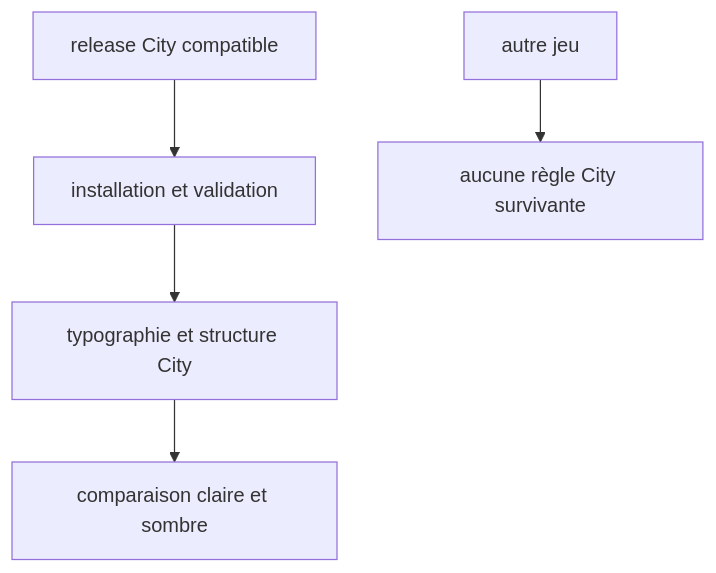
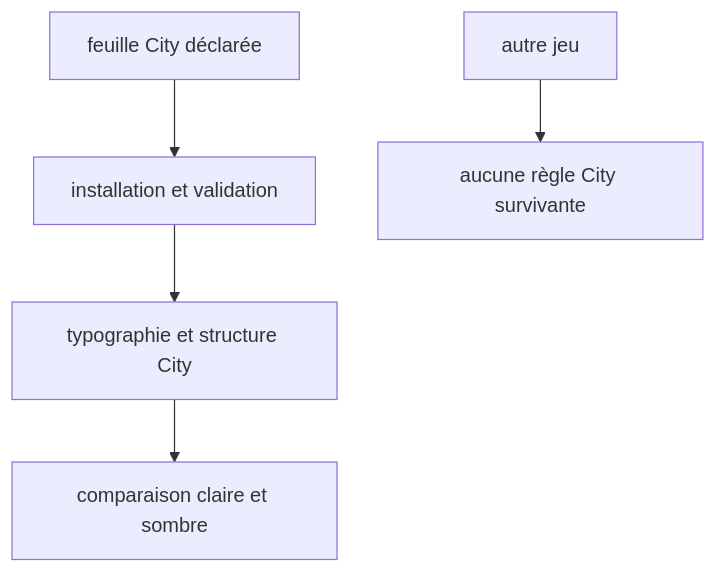
The first of 2 diagrams in aidd_docs/tasks/2026_09/2026_09_15_pack-stylesheet-resources/phase-3.md (RebelliousSmile/obsidian-handbook), drawn with Mermaid before and after one commit. The commit also changed other lines of this file and 4 other files, not shown here.

````diff
--- a/aidd_docs/tasks/2026_09/2026_09_15_pack-stylesheet-resources/phase-3.md
+++ b/aidd_docs/tasks/2026_09/2026_09_15_pack-stylesheet-resources/phase-3.md
@@ -23,7 +23,7 @@
 ```mermaid
 flowchart TD
-  A[release City compatible] --> B[installation et validation]
+  A[feuille City déclarée] --> B[installation et validation]
   B --> C[typographie et structure City]
   C --> D[comparaison claire et sombre]
   E[autre jeu] --> F[aucune règle City survivante]
 ```
````
